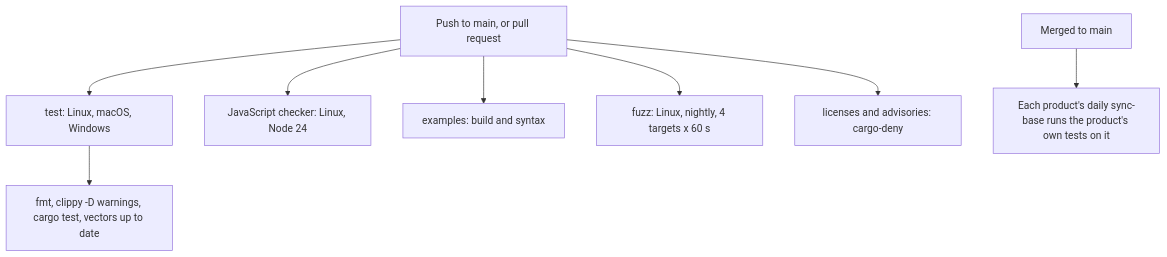
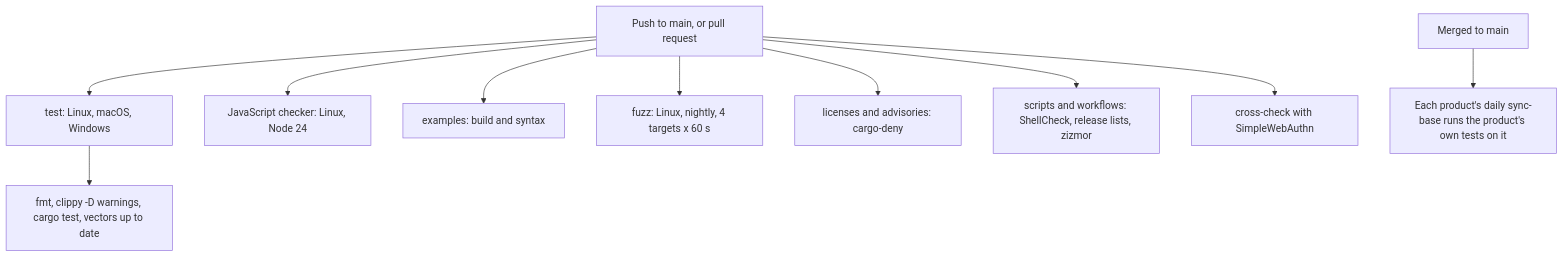
Before and after one commit to Phygital-Key/phygital-key: the diagram in docs/testing.md, drawn with Mermaid. The commit also changed other lines of this file and 17 other files, not shown here.

Commit message:
Docs: the testing round, release lists v2, the update job and connection fixes

````diff
--- a/docs/testing.md
+++ b/docs/testing.md
@@ -170,10 +229,12 @@
 ```mermaid
 flowchart TD
   T["Push to main, or pull request"] --> J1["test: Linux, macOS, Windows"]
   T --> J3["JavaScript checker: Linux, Node 24"]
   T --> J7["examples: build and syntax"]
   T --> J5["fuzz: Linux, nightly, 4 targets x 60 s"]
   T --> J6["licenses and advisories: cargo-deny"]
+  T --> J8["scripts and workflows: ShellCheck, release lists, zizmor"]
+  T --> J9["cross-check with SimpleWebAuthn"]
   J1 --> S1["fmt, clippy -D warnings, cargo test, vectors up to date"]
   M["Merged to main"] --> P["Each product's daily sync-base runs the product's own tests on it"]
 ```
````
